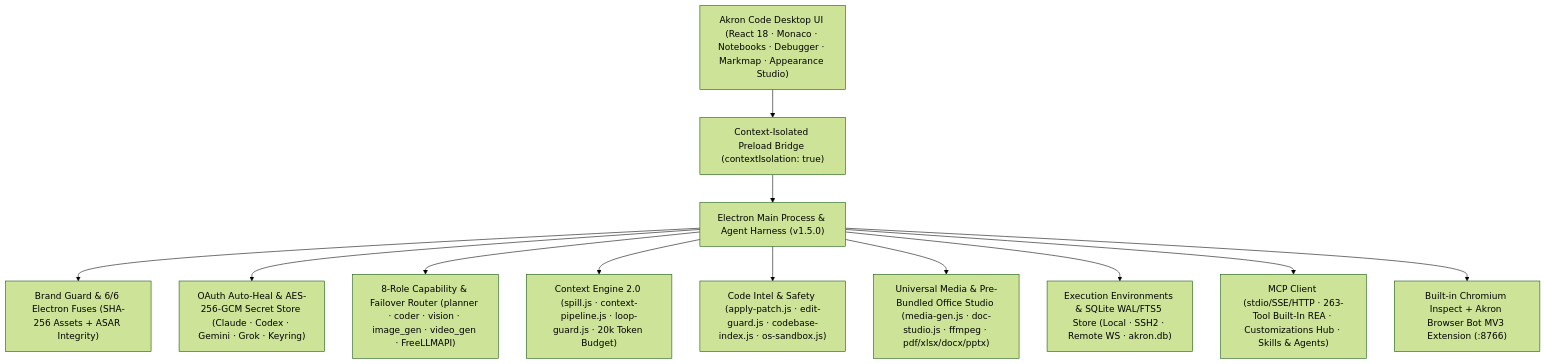
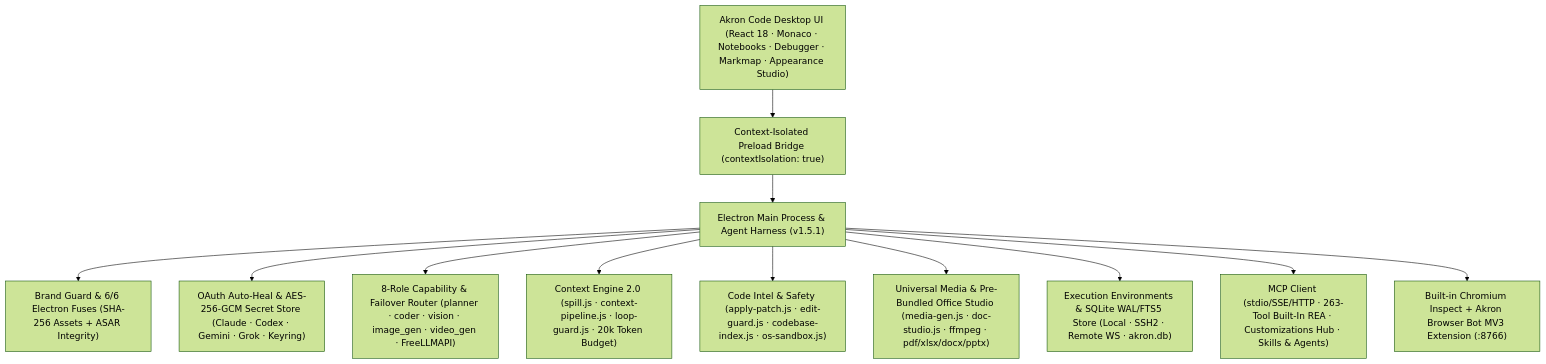
One commit to faysaliteng/akron-code changed the second of 3 diagrams in README.md. Above: the diagram before and after it, drawn with Mermaid (forest theme). The commit also changed other lines of this file and 20 other files, not shown here.

````diff
--- a/README.md
+++ b/README.md
@@ -145,15 +145,15 @@
 ```mermaid
 flowchart TD
   UI["Akron Code Desktop UI (React 18 · Monaco · Notebooks · Debugger · Markmap · Appearance Studio)"] --> Preload["Context-Isolated Preload Bridge (contextIsolation: true)"]
-  Preload --> Main["Electron Main Process & Agent Harness (v1.5.0)"]
+  Preload --> Main["Electron Main Process & Agent Harness (v1.5.1)"]
 
   Main --> Brand["Brand Guard & 6/6 Electron Fuses (SHA-256 Assets + ASAR Integrity)"]
   Main --> Auth["OAuth Auto-Heal & AES-256-GCM Secret Store (Claude · Codex · Gemini · Grok · Keyring)"]
   Main --> Router["8-Role Capability & Failover Router (planner · coder · vision · image_gen · video_gen · FreeLLMAPI)"]
   Main --> Context["Context Engine 2.0 (spill.js · context-pipeline.js · loop-guard.js · 20k Token Budget)"]
   Main --> Intel["Code Intel & Safety (apply-patch.js · edit-guard.js · codebase-index.js · os-sandbox.js)"]
   Main --> Studio["Universal Media & Pre-Bundled Office Studio (media-gen.js · doc-studio.js · ffmpeg · pdf/xlsx/docx/pptx)"]
   Main --> Envs["Execution Environments & SQLite WAL/FTS5 Store (Local · SSH2 · Remote WS · akron.db)"]
   Main --> Ext["MCP Client (stdio/SSE/HTTP · 263-Tool Built-In REA · Customizations Hub · Skills & Agents)"]
   Main --> Bridge["Built-in Chromium Inspect + Akron Browser Bot MV3 Extension (:8766)"]
 ```
````
